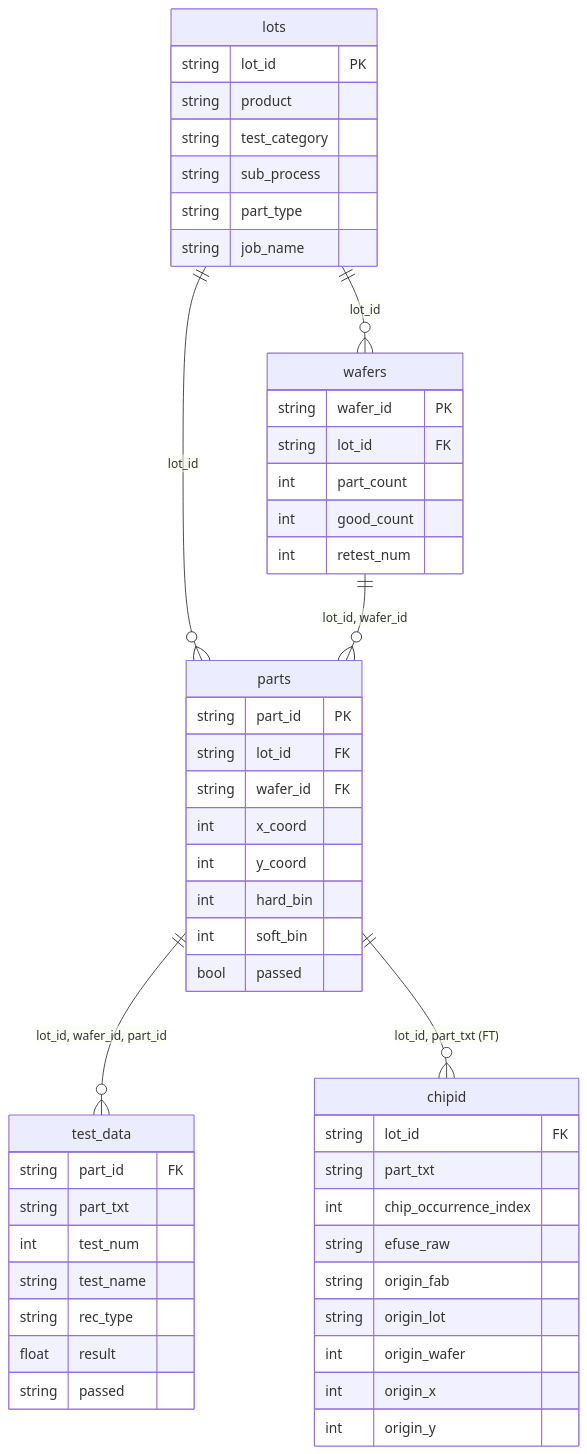
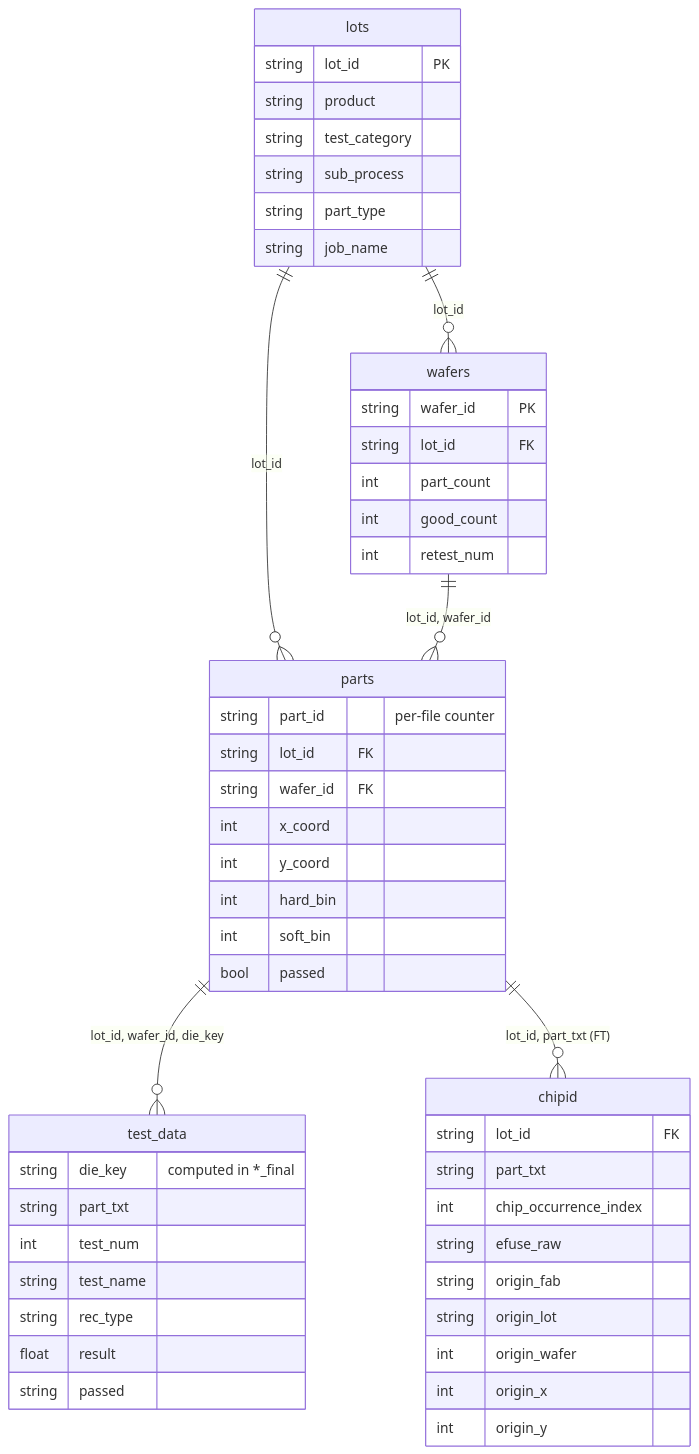
The diagram in docs/schema.md (Kei0bb/STDF), drawn with Mermaid before and after one commit. The commit also changed other lines of this file and 1 other file, not shown here.

Commit message:
docs: die_key / part_serial を反映し古い記述を修正

````diff
--- a/docs/schema.md
+++ b/docs/schema.md
@@ -291,54 +301,54 @@
 ```mermaid
 erDiagram
     lots ||--o{ wafers : "lot_id"
     lots ||--o{ parts : "lot_id"
     wafers ||--o{ parts : "lot_id, wafer_id"
-    parts ||--o{ test_data : "lot_id, wafer_id, part_id"
+    parts ||--o{ test_data : "lot_id, wafer_id, die_key"
     parts ||--o{ chipid : "lot_id, part_txt (FT)"
 
     lots {
         string lot_id PK
         string product
         string test_category
         string sub_process
         string part_type
         string job_name
     }
     wafers {
         string wafer_id PK
         string lot_id FK
         int part_count
         int good_count
         int retest_num
     }
     parts {
-        string part_id PK
+        string part_id "per-file counter"
         string lot_id FK
         string wafer_id FK
         int x_coord
         int y_coord
         int hard_bin
         int soft_bin
         bool passed
     }
     test_data {
-        string part_id FK
+        string die_key "computed in *_final"
         string part_txt
         int test_num
         string test_name
         string rec_type
         float result
         string passed
     }
     chipid {
         string lot_id FK
         string part_txt
         int chip_occurrence_index
         string efuse_raw
         string origin_fab
         string origin_lot
         int origin_wafer
         int origin_x
         int origin_y
     }
 ```
````
